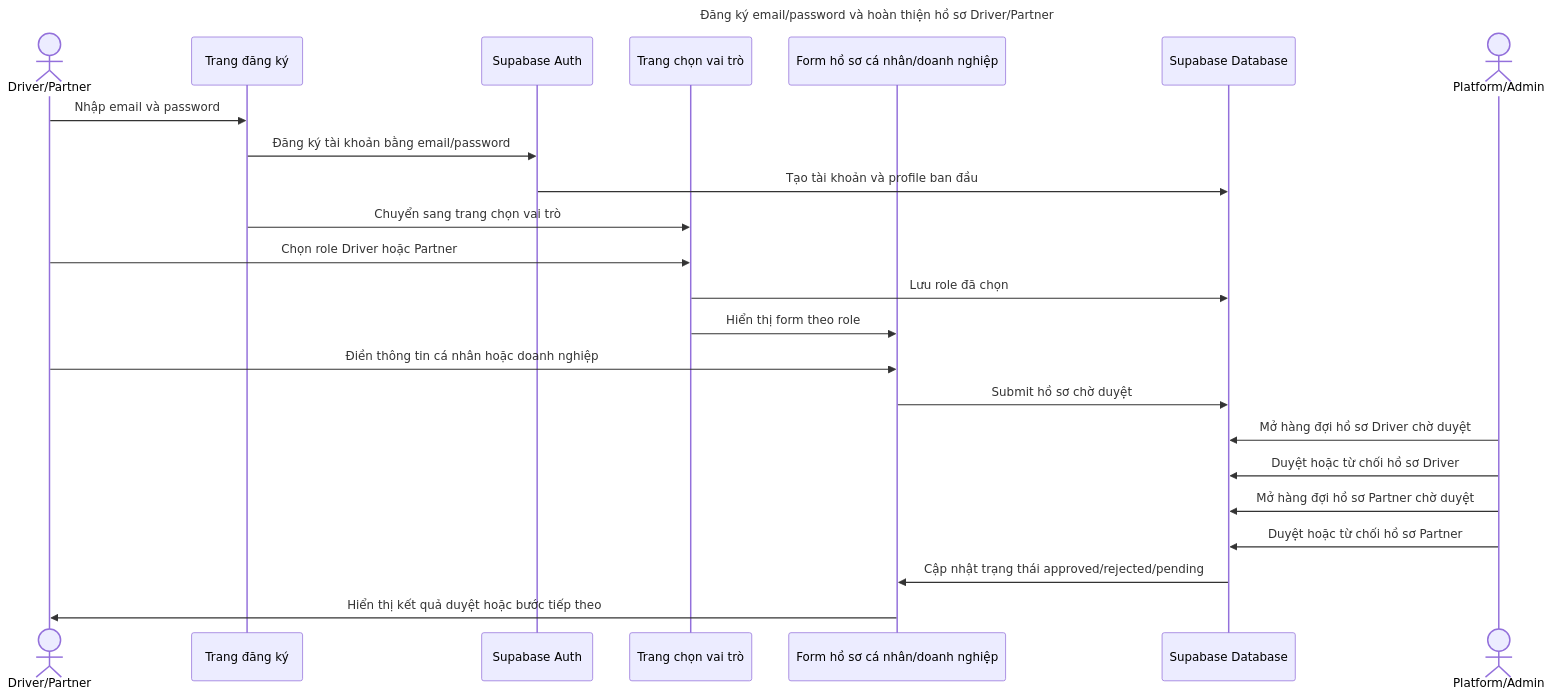
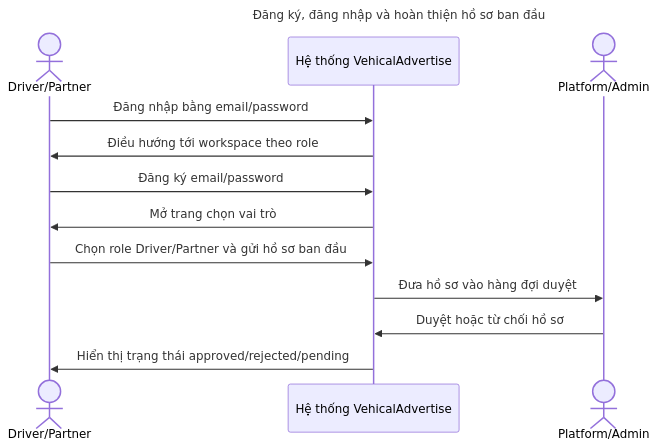
Before and after one commit to kjasng/VehicalAdvertise: the first of 8 diagrams in docs/sequence-usecases.md, drawn with Mermaid. The commit also changed other lines of this file and 14 other files, not shown here.

````diff
--- a/docs/sequence-usecases.md
+++ b/docs/sequence-usecases.md
@@ -148,26 +26,15 @@
 ```mermaid
 sequenceDiagram
-    title Đăng ký email/password và hoàn thiện hồ sơ Driver/Partner
-    actor NewUser as Driver/Partner
-    participant Register as Trang đăng ký
-    participant Auth as Supabase Auth
-    participant RolePage as Trang chọn vai trò
-    participant ProfileForm as Form hồ sơ cá nhân/doanh nghiệp
-    participant DB as Supabase Database
-    actor Admin as Platform/Admin
-    NewUser->>Register: Nhập email và password
-    Register->>Auth: Đăng ký tài khoản bằng email/password
-    Auth->>DB: Tạo tài khoản và profile ban đầu
-    Register->>RolePage: Chuyển sang trang chọn vai trò
-    NewUser->>RolePage: Chọn role Driver hoặc Partner
-    RolePage->>DB: Lưu role đã chọn
-    RolePage->>ProfileForm: Hiển thị form theo role
-    NewUser->>ProfileForm: Điền thông tin cá nhân hoặc doanh nghiệp
-    ProfileForm->>DB: Submit hồ sơ chờ duyệt
-    Admin->>DB: Mở hàng đợi hồ sơ Driver chờ duyệt
-    Admin->>DB: Duyệt hoặc từ chối hồ sơ Driver
-    Admin->>DB: Mở hàng đợi hồ sơ Partner chờ duyệt
-    Admin->>DB: Duyệt hoặc từ chối hồ sơ Partner
-    DB->>ProfileForm: Cập nhật trạng thái approved/rejected/pending
-    ProfileForm->>NewUser: Hiển thị kết quả duyệt hoặc bước tiếp theo
+    title Đăng ký, đăng nhập và hoàn thiện hồ sơ ban đầu
+    actor P1 as Driver/Partner
+    participant P2 as Hệ thống VehicalAdvertise
+    actor P3 as Platform/Admin
+    P1->>P2: Đăng nhập bằng email/password
+    P2->>P1: Điều hướng tới workspace theo role
+    P1->>P2: Đăng ký email/password
+    P2->>P1: Mở trang chọn vai trò
+    P1->>P2: Chọn role Driver/Partner và gửi hồ sơ ban đầu
+    P2->>P3: Đưa hồ sơ vào hàng đợi duyệt
+    P3->>P2: Duyệt hoặc từ chối hồ sơ
+    P2->>P1: Hiển thị trạng thái approved/rejected/pending
 ```
````
